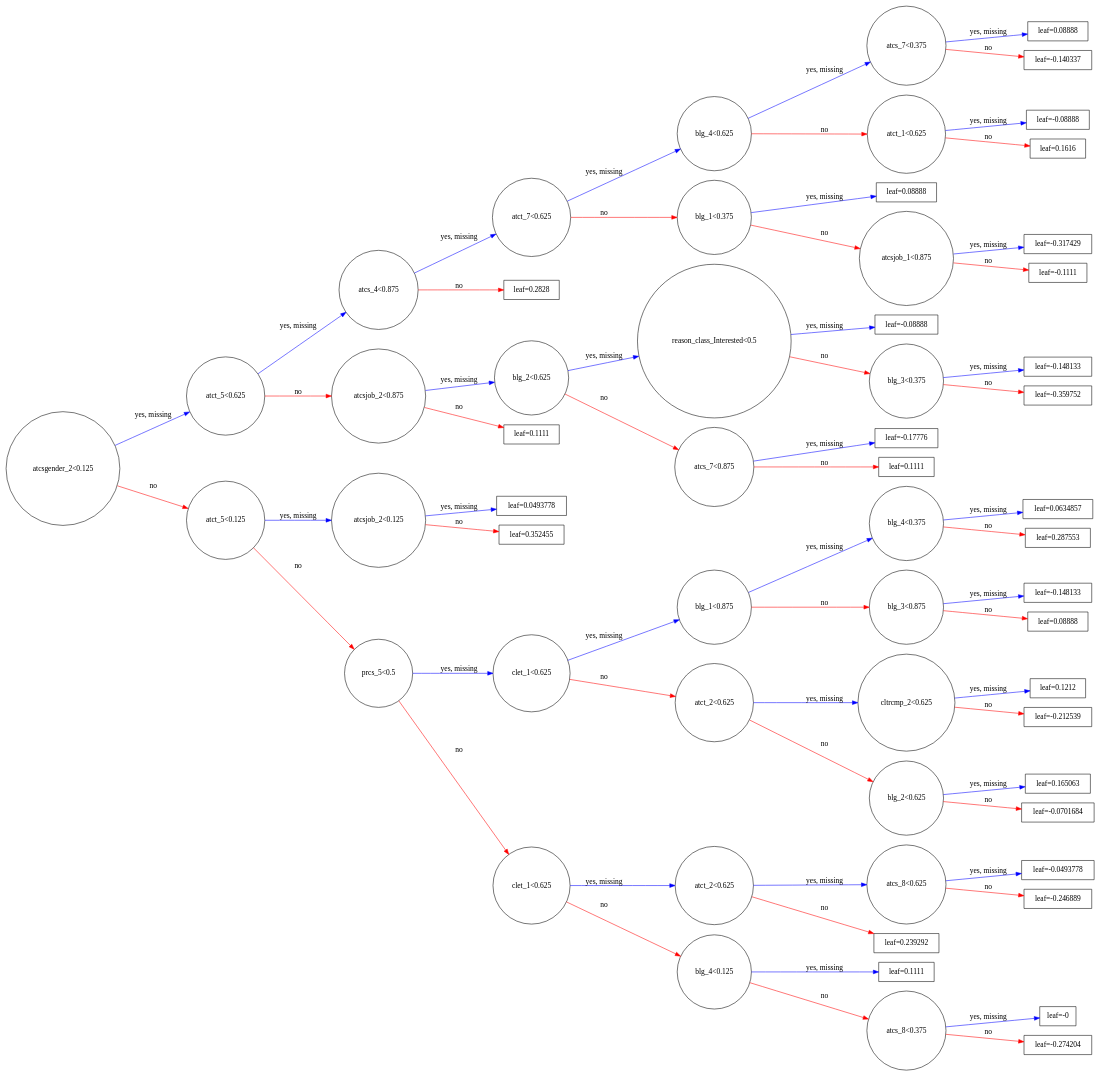
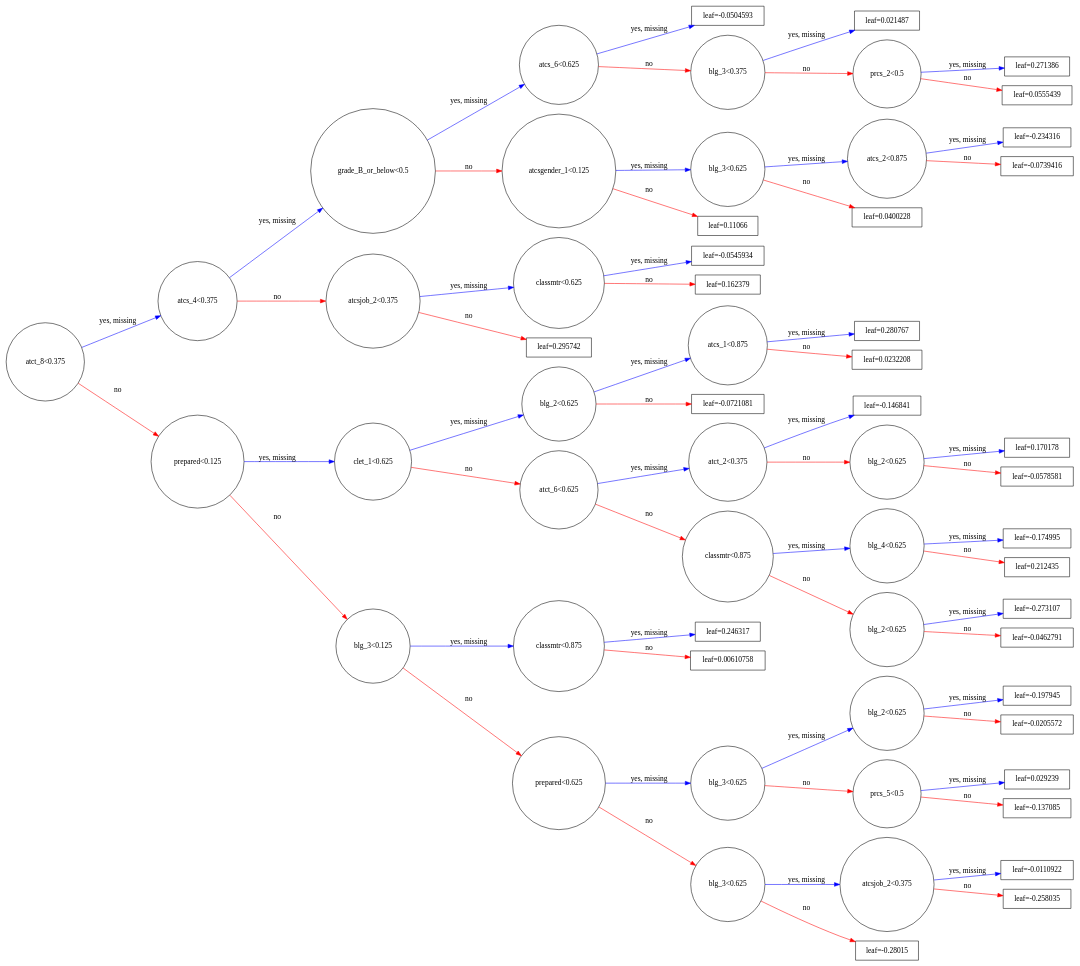
The diagram in report/figures/Tuned_model_graph.gv (omoju/IntroCSExperiencePrediction), drawn with Graphviz before and after one commit. The commit also changed 3 other files, not shown here.

```diff
--- a/report/figures/Tuned_model_graph.gv
+++ b/report/figures/Tuned_model_graph.gv
@@ -1,120 +1,120 @@
 digraph {
 	graph [rankdir=LR]
-		0 [label="atcsgender_2<0.125" shape=circle]
+		0 [label="atct_8<0.375" shape=circle]
 			0 -> 1 [label="yes, missing" color="#0000FF"]
 			0 -> 2 [label=no color="#FF0000"]
-		1 [label="atct_5<0.625" shape=circle]
+		1 [label="atcs_4<0.375" shape=circle]
 			1 -> 3 [label="yes, missing" color="#0000FF"]
 			1 -> 4 [label=no color="#FF0000"]
-		3 [label="atcs_4<0.875" shape=circle]
+		3 [label="grade_B_or_below<0.5" shape=circle]
 			3 -> 7 [label="yes, missing" color="#0000FF"]
 			3 -> 8 [label=no color="#FF0000"]
-		7 [label="atct_7<0.625" shape=circle]
+		7 [label="atcs_6<0.625" shape=circle]
 			7 -> 15 [label="yes, missing" color="#0000FF"]
 			7 -> 16 [label=no color="#FF0000"]
-		15 [label="blg_4<0.625" shape=circle]
-			15 -> 23 [label="yes, missing" color="#0000FF"]
-			15 -> 24 [label=no color="#FF0000"]
-		23 [label="atcs_7<0.375" shape=circle]
-			23 -> 39 [label="yes, missing" color="#0000FF"]
-			23 -> 40 [label=no color="#FF0000"]
-		39 [label="leaf=0.08888" shape=box]
-		40 [label="leaf=-0.140337" shape=box]
-		24 [label="atct_1<0.625" shape=circle]
-			24 -> 41 [label="yes, missing" color="#0000FF"]
-			24 -> 42 [label=no color="#FF0000"]
-		41 [label="leaf=-0.08888" shape=box]
-		42 [label="leaf=0.1616" shape=box]
-		16 [label="blg_1<0.375" shape=circle]
-			16 -> 25 [label="yes, missing" color="#0000FF"]
-			16 -> 26 [label=no color="#FF0000"]
-		25 [label="leaf=0.08888" shape=box]
-		26 [label="atcsjob_1<0.875" shape=circle]
-			26 -> 43 [label="yes, missing" color="#0000FF"]
-			26 -> 44 [label=no color="#FF0000"]
-		43 [label="leaf=-0.317429" shape=box]
-		44 [label="leaf=-0.1111" shape=box]
-		8 [label="leaf=0.2828" shape=box]
-		4 [label="atcsjob_2<0.875" shape=circle]
+		15 [label="leaf=-0.0504593" shape=box]
+		16 [label="blg_3<0.375" shape=circle]
+			16 -> 29 [label="yes, missing" color="#0000FF"]
+			16 -> 30 [label=no color="#FF0000"]
+		29 [label="leaf=0.021487" shape=box]
+		30 [label="prcs_2<0.5" shape=circle]
+			30 -> 43 [label="yes, missing" color="#0000FF"]
+			30 -> 44 [label=no color="#FF0000"]
+		43 [label="leaf=0.271386" shape=box]
+		44 [label="leaf=0.0555439" shape=box]
+		8 [label="atcsgender_1<0.125" shape=circle]
+			8 -> 17 [label="yes, missing" color="#0000FF"]
+			8 -> 18 [label=no color="#FF0000"]
+		17 [label="blg_3<0.625" shape=circle]
+			17 -> 31 [label="yes, missing" color="#0000FF"]
+			17 -> 32 [label=no color="#FF0000"]
+		31 [label="atcs_2<0.875" shape=circle]
+			31 -> 45 [label="yes, missing" color="#0000FF"]
+			31 -> 46 [label=no color="#FF0000"]
+		45 [label="leaf=-0.234316" shape=box]
+		46 [label="leaf=-0.0739416" shape=box]
+		32 [label="leaf=0.0400228" shape=box]
+		18 [label="leaf=0.11066" shape=box]
+		4 [label="atcsjob_2<0.375" shape=circle]
 			4 -> 9 [label="yes, missing" color="#0000FF"]
 			4 -> 10 [label=no color="#FF0000"]
-		9 [label="blg_2<0.625" shape=circle]
-			9 -> 17 [label="yes, missing" color="#0000FF"]
-			9 -> 18 [label=no color="#FF0000"]
-		17 [label="reason_class_Interested<0.5" shape=circle]
-			17 -> 27 [label="yes, missing" color="#0000FF"]
-			17 -> 28 [label=no color="#FF0000"]
-		27 [label="leaf=-0.08888" shape=box]
-		28 [label="blg_3<0.375" shape=circle]
-			28 -> 45 [label="yes, missing" color="#0000FF"]
-			28 -> 46 [label=no color="#FF0000"]
-		45 [label="leaf=-0.148133" shape=box]
-		46 [label="leaf=-0.359752" shape=box]
-		18 [label="atcs_7<0.875" shape=circle]
-			18 -> 29 [label="yes, missing" color="#0000FF"]
-			18 -> 30 [label=no color="#FF0000"]
-		29 [label="leaf=-0.17776" shape=box]
-		30 [label="leaf=0.1111" shape=box]
-		10 [label="leaf=0.1111" shape=box]
-		2 [label="atct_5<0.125" shape=circle]
+		9 [label="classmtr<0.625" shape=circle]
+			9 -> 19 [label="yes, missing" color="#0000FF"]
+			9 -> 20 [label=no color="#FF0000"]
+		19 [label="leaf=-0.0545934" shape=box]
+		20 [label="leaf=0.162379" shape=box]
+		10 [label="leaf=0.295742" shape=box]
+		2 [label="prepared<0.125" shape=circle]
 			2 -> 5 [label="yes, missing" color="#0000FF"]
 			2 -> 6 [label=no color="#FF0000"]
-		5 [label="atcsjob_2<0.125" shape=circle]
+		5 [label="clet_1<0.625" shape=circle]
 			5 -> 11 [label="yes, missing" color="#0000FF"]
 			5 -> 12 [label=no color="#FF0000"]
-		11 [label="leaf=0.0493778" shape=box]
-		12 [label="leaf=0.352455" shape=box]
-		6 [label="prcs_5<0.5" shape=circle]
+		11 [label="blg_2<0.625" shape=circle]
+			11 -> 21 [label="yes, missing" color="#0000FF"]
+			11 -> 22 [label=no color="#FF0000"]
+		21 [label="atcs_1<0.875" shape=circle]
+			21 -> 33 [label="yes, missing" color="#0000FF"]
+			21 -> 34 [label=no color="#FF0000"]
+		33 [label="leaf=0.280767" shape=box]
+		34 [label="leaf=0.0232208" shape=box]
+		22 [label="leaf=-0.0721081" shape=box]
+		12 [label="atct_6<0.625" shape=circle]
+			12 -> 23 [label="yes, missing" color="#0000FF"]
+			12 -> 24 [label=no color="#FF0000"]
+		23 [label="atct_2<0.375" shape=circle]
+			23 -> 35 [label="yes, missing" color="#0000FF"]
+			23 -> 36 [label=no color="#FF0000"]
+		35 [label="leaf=-0.146841" shape=box]
+		36 [label="blg_2<0.625" shape=circle]
+			36 -> 47 [label="yes, missing" color="#0000FF"]
+			36 -> 48 [label=no color="#FF0000"]
+		47 [label="leaf=0.170178" shape=box]
+		48 [label="leaf=-0.0578581" shape=box]
+		24 [label="classmtr<0.875" shape=circle]
+			24 -> 37 [label="yes, missing" color="#0000FF"]
+			24 -> 38 [label=no color="#FF0000"]
+		37 [label="blg_4<0.625" shape=circle]
+			37 -> 49 [label="yes, missing" color="#0000FF"]
+			37 -> 50 [label=no color="#FF0000"]
+		49 [label="leaf=-0.174995" shape=box]
+		50 [label="leaf=0.212435" shape=box]
+		38 [label="blg_2<0.625" shape=circle]
+			38 -> 51 [label="yes, missing" color="#0000FF"]
+			38 -> 52 [label=no color="#FF0000"]
+		51 [label="leaf=-0.273107" shape=box]
+		52 [label="leaf=-0.0462791" shape=box]
+		6 [label="blg_3<0.125" shape=circle]
 			6 -> 13 [label="yes, missing" color="#0000FF"]
 			6 -> 14 [label=no color="#FF0000"]
-		13 [label="clet_1<0.625" shape=circle]
-			13 -> 19 [label="yes, missing" color="#0000FF"]
-			13 -> 20 [label=no color="#FF0000"]
-		19 [label="blg_1<0.875" shape=circle]
-			19 -> 31 [label="yes, missing" color="#0000FF"]
-			19 -> 32 [label=no color="#FF0000"]
-		31 [label="blg_4<0.375" shape=circle]
-			31 -> 47 [label="yes, missing" color="#0000FF"]
-			31 -> 48 [label=no color="#FF0000"]
-		47 [label="leaf=0.0634857" shape=box]
-		48 [label="leaf=0.287553" shape=box]
-		32 [label="blg_3<0.875" shape=circle]
-			32 -> 49 [label="yes, missing" color="#0000FF"]
-			32 -> 50 [label=no color="#FF0000"]
-		49 [label="leaf=-0.148133" shape=box]
-		50 [label="leaf=0.08888" shape=box]
-		20 [label="atct_2<0.625" shape=circle]
-			20 -> 33 [label="yes, missing" color="#0000FF"]
-			20 -> 34 [label=no color="#FF0000"]
-		33 [label="cltrcmp_2<0.625" shape=circle]
-			33 -> 51 [label="yes, missing" color="#0000FF"]
-			33 -> 52 [label=no color="#FF0000"]
-		51 [label="leaf=0.1212" shape=box]
-		52 [label="leaf=-0.212539" shape=box]
-		34 [label="blg_2<0.625" shape=circle]
-			34 -> 53 [label="yes, missing" color="#0000FF"]
-			34 -> 54 [label=no color="#FF0000"]
-		53 [label="leaf=0.165063" shape=box]
-		54 [label="leaf=-0.0701684" shape=box]
-		14 [label="clet_1<0.625" shape=circle]
-			14 -> 21 [label="yes, missing" color="#0000FF"]
-			14 -> 22 [label=no color="#FF0000"]
-		21 [label="atct_2<0.625" shape=circle]
-			21 -> 35 [label="yes, missing" color="#0000FF"]
-			21 -> 36 [label=no color="#FF0000"]
-		35 [label="atcs_8<0.625" shape=circle]
-			35 -> 55 [label="yes, missing" color="#0000FF"]
-			35 -> 56 [label=no color="#FF0000"]
-		55 [label="leaf=-0.0493778" shape=box]
-		56 [label="leaf=-0.246889" shape=box]
-		36 [label="leaf=0.239292" shape=box]
-		22 [label="blg_4<0.125" shape=circle]
-			22 -> 37 [label="yes, missing" color="#0000FF"]
-			22 -> 38 [label=no color="#FF0000"]
-		37 [label="leaf=0.1111" shape=box]
-		38 [label="atcs_8<0.375" shape=circle]
-			38 -> 57 [label="yes, missing" color="#0000FF"]
-			38 -> 58 [label=no color="#FF0000"]
-		57 [label="leaf=-0" shape=box]
-		58 [label="leaf=-0.274204" shape=box]
+		13 [label="classmtr<0.875" shape=circle]
+			13 -> 25 [label="yes, missing" color="#0000FF"]
+			13 -> 26 [label=no color="#FF0000"]
+		25 [label="leaf=0.246317" shape=box]
+		26 [label="leaf=0.00610758" shape=box]
+		14 [label="prepared<0.625" shape=circle]
+			14 -> 27 [label="yes, missing" color="#0000FF"]
+			14 -> 28 [label=no color="#FF0000"]
+		27 [label="blg_3<0.625" shape=circle]
+			27 -> 39 [label="yes, missing" color="#0000FF"]
+			27 -> 40 [label=no color="#FF0000"]
+		39 [label="blg_2<0.625" shape=circle]
+			39 -> 53 [label="yes, missing" color="#0000FF"]
+			39 -> 54 [label=no color="#FF0000"]
+		53 [label="leaf=-0.197945" shape=box]
+		54 [label="leaf=-0.0205572" shape=box]
+		40 [label="prcs_5<0.5" shape=circle]
+			40 -> 55 [label="yes, missing" color="#0000FF"]
+			40 -> 56 [label=no color="#FF0000"]
+		55 [label="leaf=0.029239" shape=box]
+		56 [label="leaf=-0.137085" shape=box]
+		28 [label="blg_3<0.625" shape=circle]
+			28 -> 41 [label="yes, missing" color="#0000FF"]
+			28 -> 42 [label=no color="#FF0000"]
+		41 [label="atcsjob_2<0.375" shape=circle]
+			41 -> 57 [label="yes, missing" color="#0000FF"]
+			41 -> 58 [label=no color="#FF0000"]
+		57 [label="leaf=-0.0110922" shape=box]
+		58 [label="leaf=-0.258035" shape=box]
+		42 [label="leaf=-0.28015" shape=box]
 }
```
